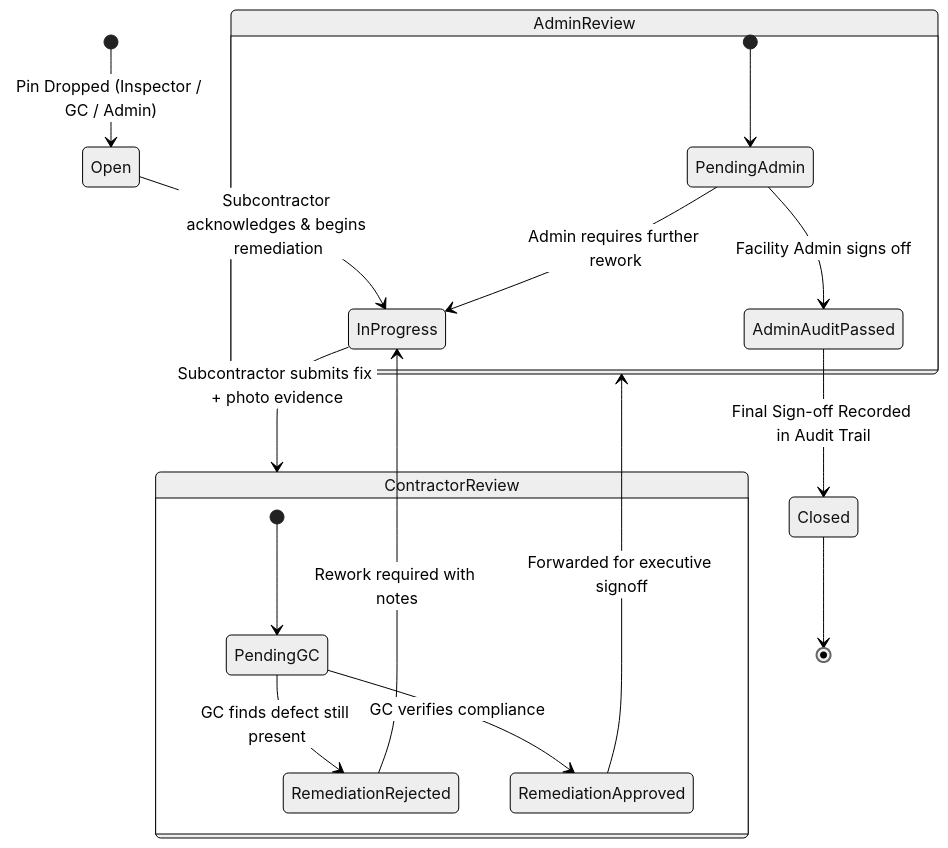
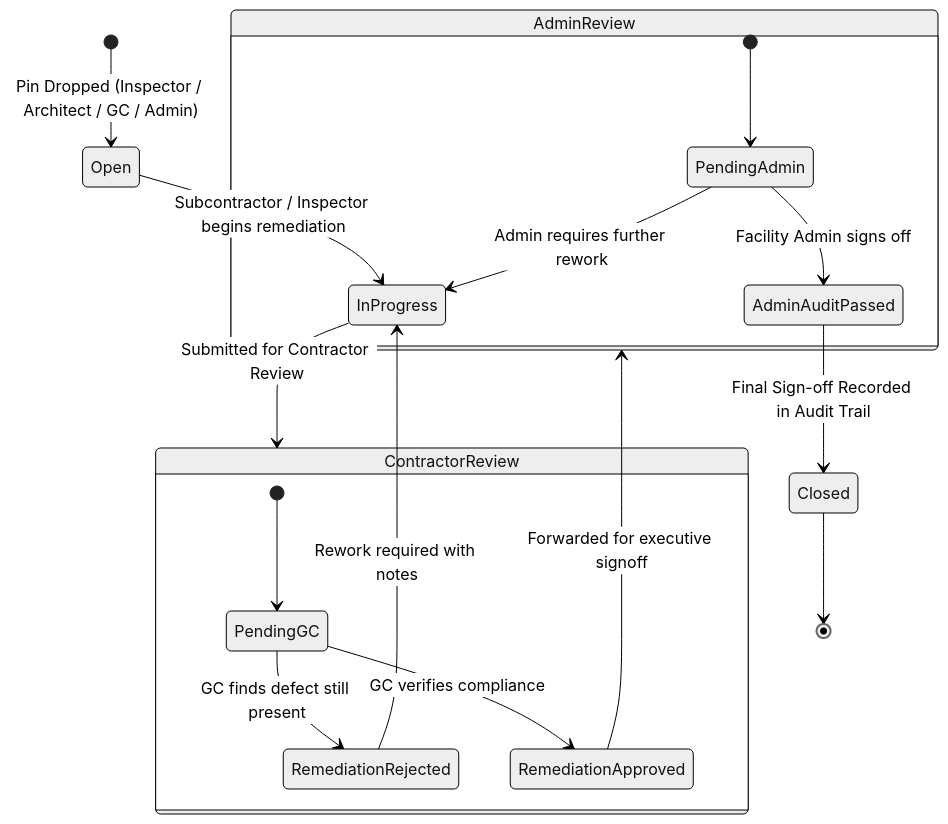
The third of 5 diagrams in README.md (N-Rubiano/CMSC-447-Project), drawn with Mermaid (neutral theme) before and after one commit. The commit also changed other lines of this file and 1 other file, not shown here.

Commit message:
docs: align README.md ERD, diagrams, project structure, and 6-role RBAC matrix with database.py

````diff
--- a/README.md
+++ b/README.md
@@ -183,25 +184,25 @@
 ```mermaid
 stateDiagram-v2
-    [*] --> Open: Pin Dropped (Inspector / GC / Admin)
+    [*] --> Open: Pin Dropped (Inspector / Architect / GC / Admin)
 
-    Open --> InProgress: Subcontractor acknowledges & begins remediation
-    InProgress --> ContractorReview: Subcontractor submits fix + photo evidence
+    Open --> InProgress: Subcontractor / Inspector begins remediation
+    InProgress --> ContractorReview: Submitted for Contractor Review
 
     state ContractorReview {
         [*] --> PendingGC
         PendingGC --> RemediationRejected: GC finds defect still present
         PendingGC --> RemediationApproved: GC verifies compliance
     }
 
     RemediationRejected --> InProgress: Rework required with notes
     RemediationApproved --> AdminReview: Forwarded for executive signoff
 
     state AdminReview {
         [*] --> PendingAdmin
         PendingAdmin --> AdminAuditPassed: Facility Admin signs off
         PendingAdmin --> InProgress: Admin requires further rework
     }
 
     AdminAuditPassed --> Closed: Final Sign-off Recorded in Audit Trail
     Closed --> [*]
 ```
````
